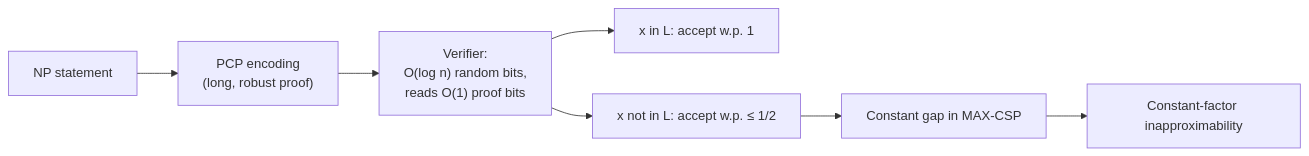
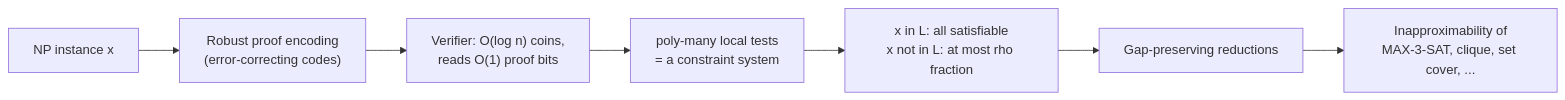
Before and after one commit to AndrewAltimit/Documentation: the sixth of 6 diagrams in github-pages/docs/advanced/approximation-algorithms.md, drawn with Mermaid. The commit also changed other lines of this file and 240 other files, not shown here.

````diff
--- a/github-pages/docs/advanced/approximation-algorithms.md
+++ b/github-pages/docs/advanced/approximation-algorithms.md
@@ -309,9 +368,9 @@
 ```mermaid
 flowchart LR
-    NP["NP statement"] --> ENC["PCP encoding<br/>(long, robust proof)"]
-    ENC --> V["Verifier:<br/>O(log n) random bits,<br/>reads O(1) proof bits"]
-    V --> C["x in L: accept w.p. 1"]
-    V --> S["x not in L: accept w.p. &le; 1/2"]
-    S --> GAP["Constant gap in MAX-CSP"]
-    GAP --> INAP["Constant-factor inapproximability"]
+    NP["NP instance x"] --> ENC["Robust proof encoding<br/>(error-correcting codes)"]
+    ENC --> V["Verifier: O(log n) coins,<br/>reads O(1) proof bits"]
+    V --> CSP["poly-many local tests<br/>= a constraint system"]
+    CSP --> GAP["x in L: all satisfiable<br/>x not in L: at most rho fraction"]
+    GAP --> RED["Gap-preserving reductions"]
+    RED --> INAP["Inapproximability of<br/>MAX-3-SAT, clique, set cover, ..."]
 ```
````
